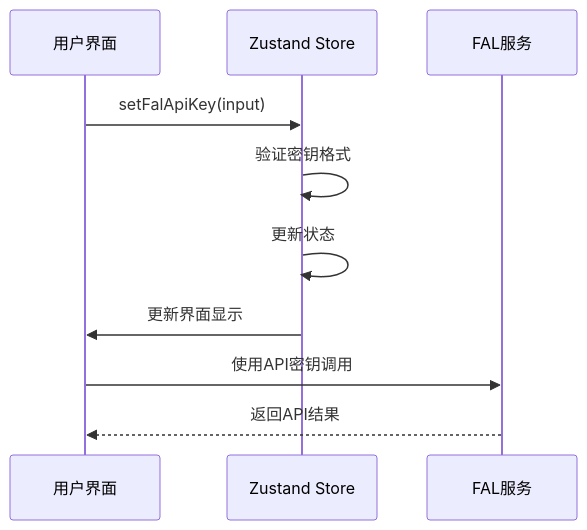
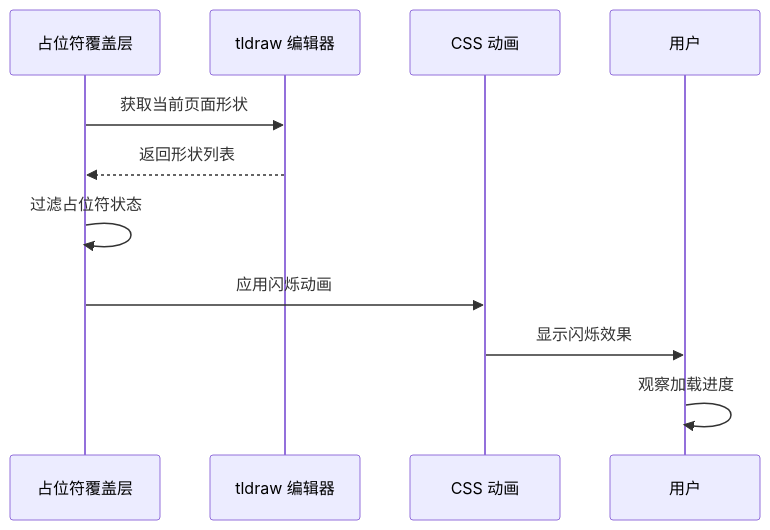
One commit to billye220670/BananaFlow2 changed the ninth of 18 diagrams in .qoder/repowiki/zh/content/状态管理系统.md. Above: the diagram before and after it, drawn with Mermaid. The commit also changed other lines of this file and 6 other files, not shown here.

````diff
--- a/.qoder/repowiki/zh/content/状态管理系统.md
+++ b/.qoder/repowiki/zh/content/状态管理系统.md
@@ -528,12 +503,13 @@
 ```mermaid
 sequenceDiagram
-participant UI as 用户界面
-participant Store as Zustand Store
-participant FAL as FAL服务
-UI->>Store : setFalApiKey(input)
-Store->>Store : 验证密钥格式
-Store->>Store : 更新状态
-Store->>UI : 更新界面显示
-UI->>FAL : 使用API密钥调用
-FAL-->>UI : 返回API结果
+participant PlaceholderOverlay as 占位符覆盖层
+participant Editor as tldraw 编辑器
+participant Animation as CSS 动画
+participant User as 用户
+PlaceholderOverlay->>Editor : 获取当前页面形状
+Editor-->>PlaceholderOverlay : 返回形状列表
+PlaceholderOverlay->>PlaceholderOverlay : 过滤占位符状态
+PlaceholderOverlay->>Animation : 应用闪烁动画
+Animation->>User : 显示闪烁效果
+User->>User : 观察加载进度
 ```
````
